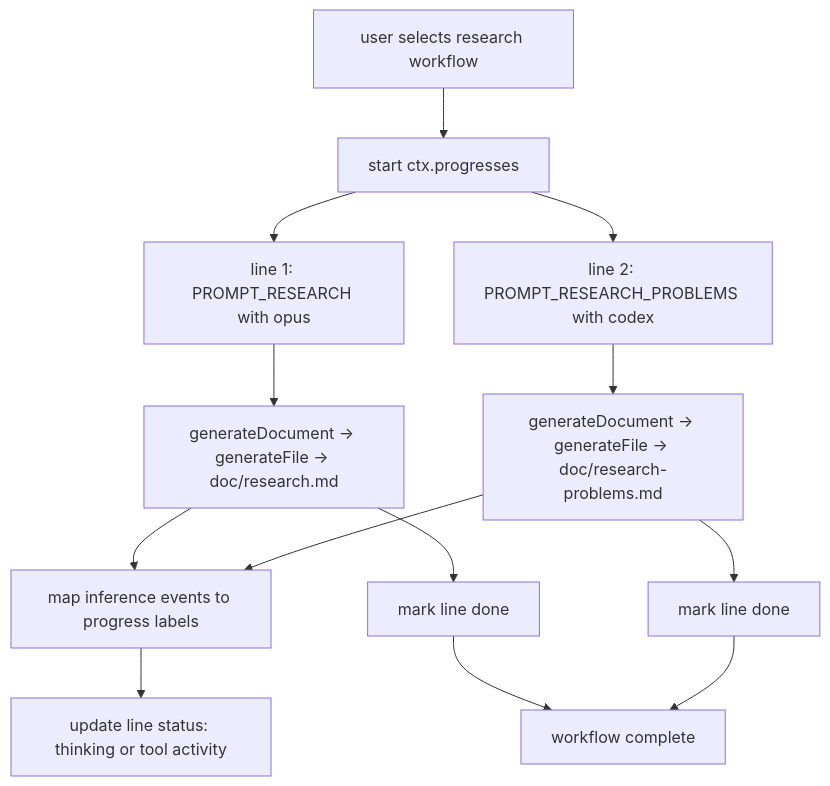
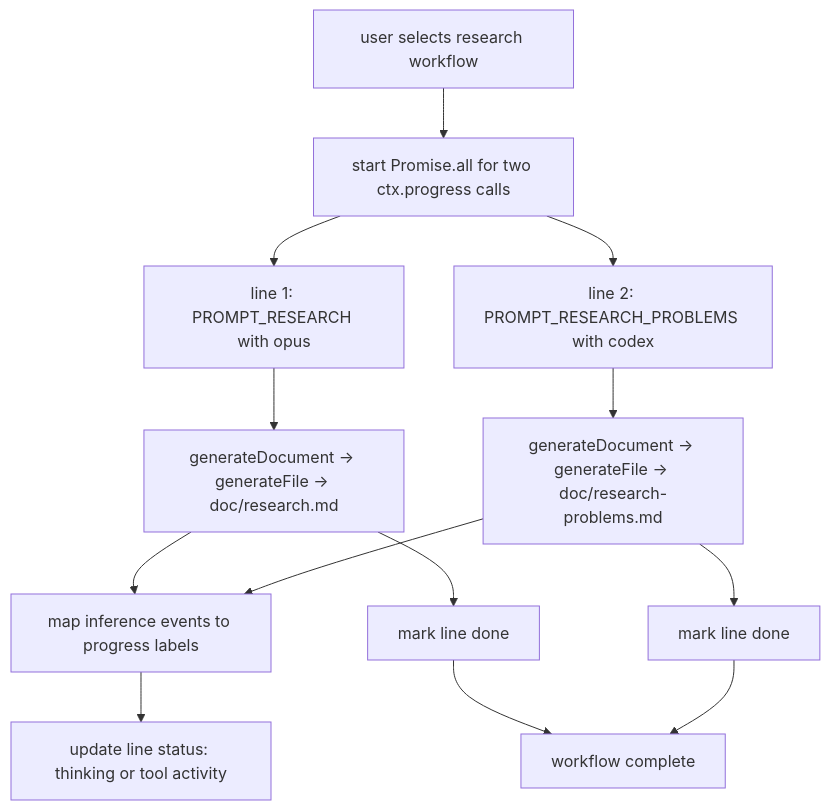
Before and after one commit to ex3ndr/holdmybeer: the diagram in doc/workflow-research-parallel.md, drawn with Mermaid. The commit also changed 48 other files, not shown here.

Commit message:
feat: add pi session flow and workflow progress improvements

````diff
--- a/doc/workflow-research-parallel.md
+++ b/doc/workflow-research-parallel.md
@@ -7,15 +7,15 @@
 ```mermaid
 flowchart TD
-  A[user selects research workflow] --> B[start ctx.progresses]
+  A[user selects research workflow] --> B[start Promise.all for two ctx.progress calls]
   B --> C[line 1: PROMPT_RESEARCH with opus]
   B --> D[line 2: PROMPT_RESEARCH_PROBLEMS with codex]
   C --> E[generateDocument -> generateFile -> doc/research.md]
   D --> F[generateDocument -> generateFile -> doc/research-problems.md]
   E --> J[map inference events to progress labels]
   F --> J
   J --> K[update line status: thinking or tool activity]
   E --> G[mark line done]
   F --> H[mark line done]
   G --> I[workflow complete]
   H --> I
 ```
````
